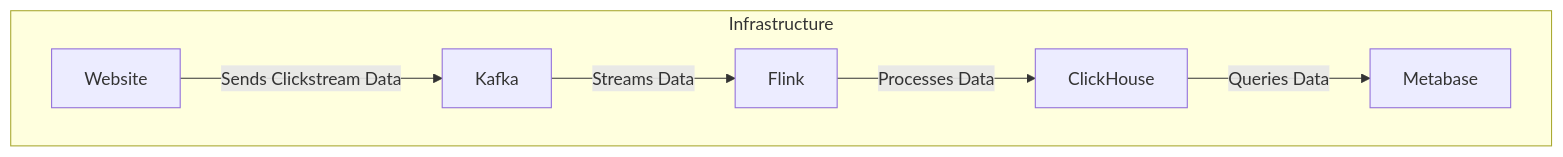
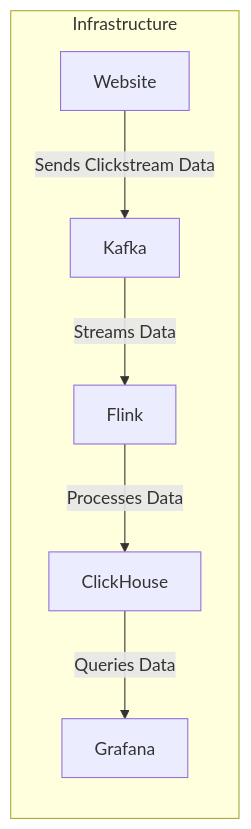
Before and after one commit to ifkarsyah/clickstreamer: the diagram in README.md, drawn with Mermaid. The commit also changed other lines of this file and 9 other files, not shown here.

````diff
--- a/README.md
+++ b/README.md
@@ -8,15 +71,15 @@
 ```mermaid
-graph TD
+graph LR
     A[Website] -->|Sends Clickstream Data| B[Kafka]
     B -->|Streams Data| C[Flink]
     C -->|Processes Data| D[ClickHouse]
-    D -->|Queries Data| E[Metabase]
+    D -->|Queries Data| E[Grafana]
 
     subgraph Infrastructure
         A
         B
         C
         D
         E
     end
 ```
````
